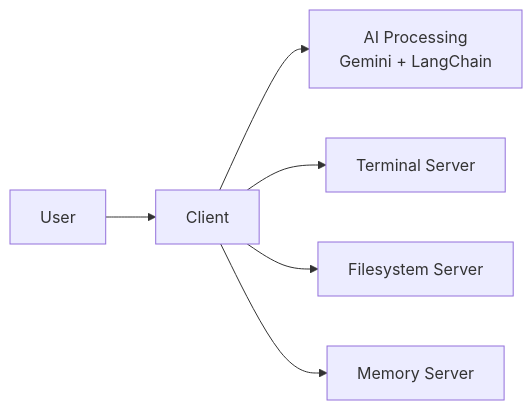
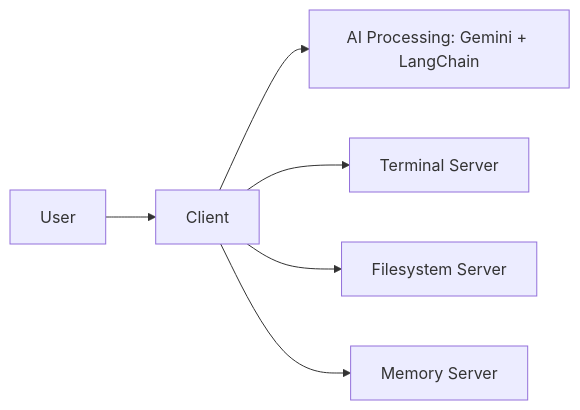
One commit to Techiral/mcp changed the first of 4 diagrams in README.md. Above: the diagram before and after it, drawn with Mermaid. The commit also changed other lines of this file, not shown here.

````diff
--- a/README.md
+++ b/README.md
@@ -5,8 +5,8 @@
 ```mermaid
 flowchart LR
     User --> Client
-    Client --> AI[AI Processing\nGemini + LangChain]
+    Client --> AI[AI Processing: Gemini + LangChain]
     Client --> Terminal[Terminal Server]
     Client --> Filesystem[Filesystem Server]
     Client --> Memory[Memory Server]
 ```
````
